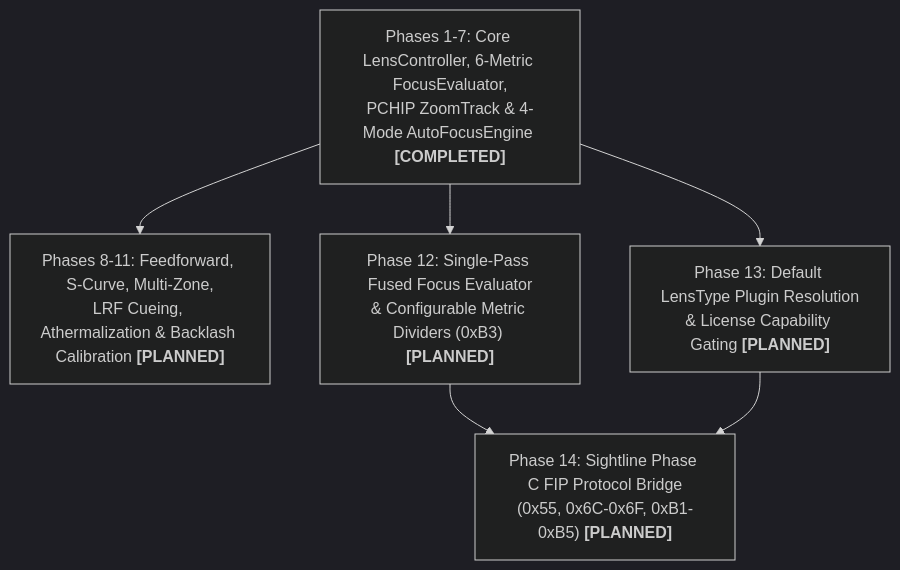
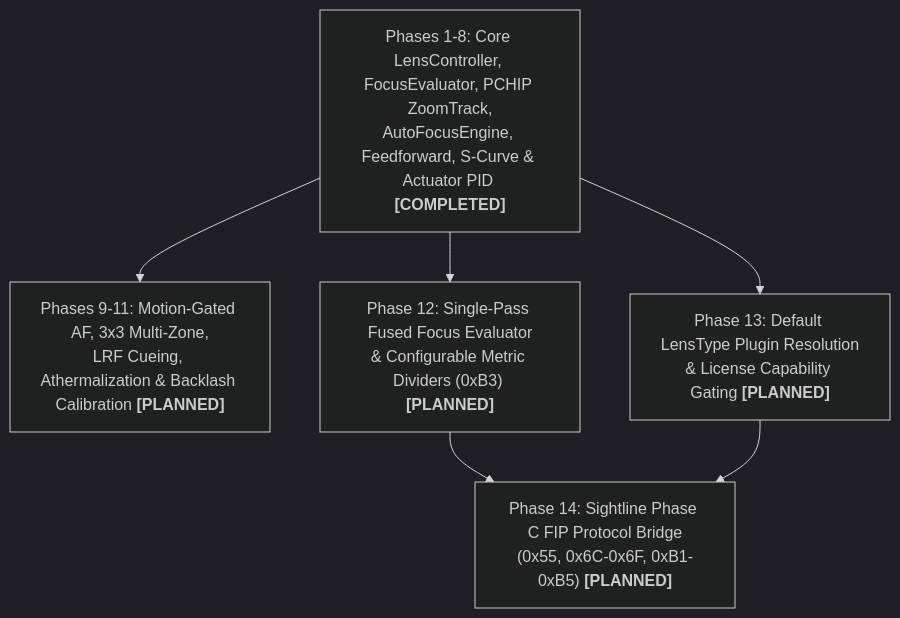
One commit to svagionitis/PelcoD-Controller changed the seventh of 7 diagrams in docs/lens_controller_implementation_plan.md. Above: the diagram before and after it, drawn with Mermaid (dark theme). The commit also changed other lines of this file and 19 other files, not shown here.

First line of the commit message:
feat(lens): implement actuator motion dynamics

````diff
--- a/docs/lens_controller_implementation_plan.md
+++ b/docs/lens_controller_implementation_plan.md
@@ -1021,7 +1022,7 @@
 ```mermaid
 flowchart TD
-    P1_7["Phases 1-7: Core LensController, 6-Metric FocusEvaluator,<br/>PCHIP ZoomTrack & 4-Mode AutoFocusEngine <b>[COMPLETED]</b>"] --> P8_11["Phases 8-11: Feedforward, S-Curve, Multi-Zone,<br/>LRF Cueing, Athermalization & Backlash Calibration <b>[PLANNED]</b>"]
-    P1_7 --> P12["Phase 12: Single-Pass Fused Focus Evaluator<br/>& Configurable Metric Dividers (0xB3) <b>[PLANNED]</b>"]
-    P1_7 --> P13["Phase 13: Default LensType Plugin Resolution<br/>& License Capability Gating <b>[PLANNED]</b>"]
+    P1_8["Phases 1-8: Core LensController, FocusEvaluator, PCHIP ZoomTrack,<br/>AutoFocusEngine, Feedforward, S-Curve & Actuator PID <b>[COMPLETED]</b>"] --> P9_11["Phases 9-11: Motion-Gated AF, 3x3 Multi-Zone,<br/>LRF Cueing, Athermalization & Backlash Calibration <b>[PLANNED]</b>"]
+    P1_8 --> P12["Phase 12: Single-Pass Fused Focus Evaluator<br/>& Configurable Metric Dividers (0xB3) <b>[PLANNED]</b>"]
+    P1_8 --> P13["Phase 13: Default LensType Plugin Resolution<br/>& License Capability Gating <b>[PLANNED]</b>"]
     P12 & P13 --> P14["Phase 14: Sightline Phase C FIP Protocol Bridge<br/>(0x55, 0x6C-0x6F, 0xB1-0xB5) <b>[PLANNED]</b>"]
 ```
````
